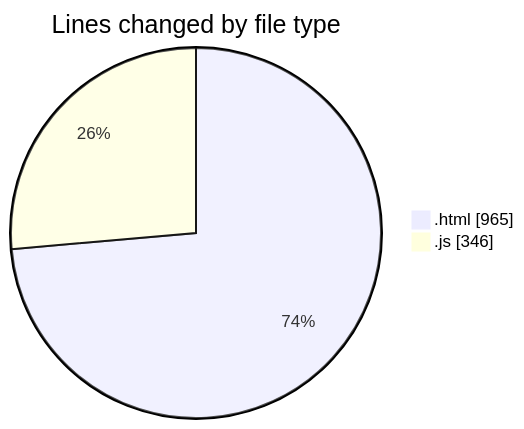
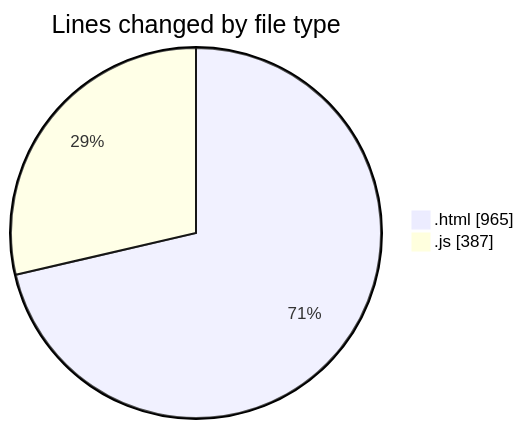
Before and after one commit to IJAZ3593/code-tracking: the first of 2 diagrams in 2025-09-13/new_folder/README.md, drawn with Mermaid. The commit also changed other lines of this file and 1 other file, not shown here.

````diff
--- a/2025-09-13/new_folder/README.md
+++ b/2025-09-13/new_folder/README.md
@@ -26,6 +26,6 @@
 ```mermaid
 pie showData
 title Lines changed by file type
 ".html" : 965
-".js" : 346
+".js" : 387
 ```
````
